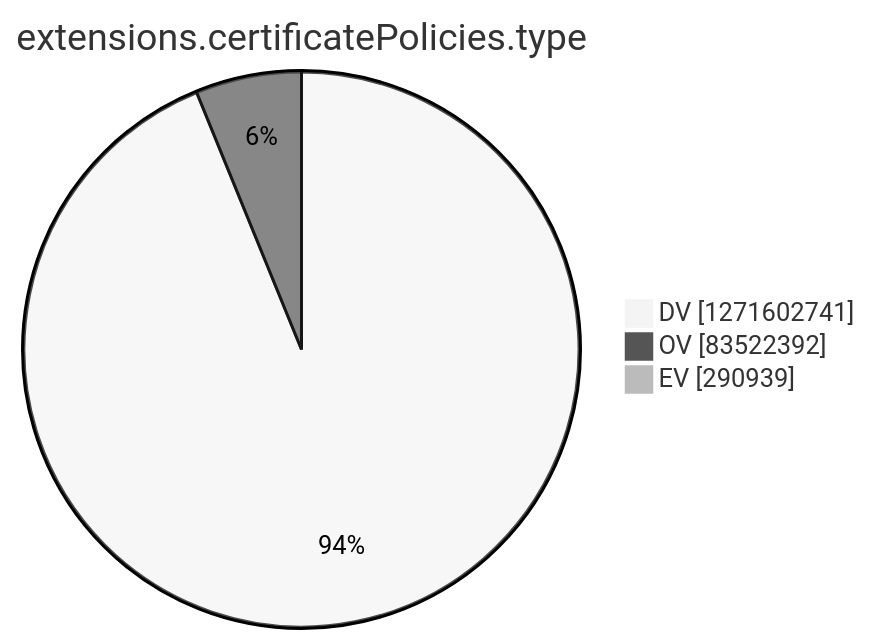
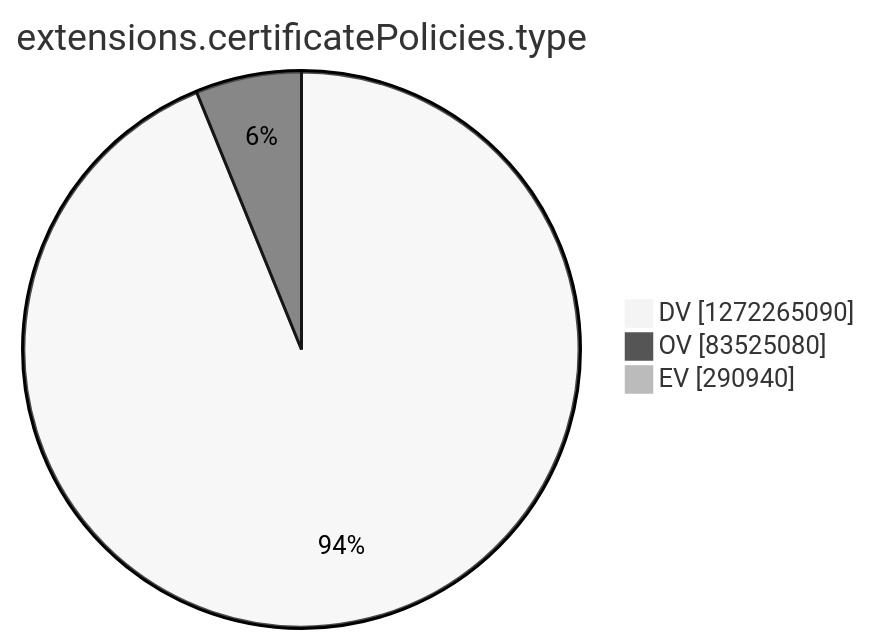
Before and after one commit to christiankrug/ctmonitor_visualization: the tenth of 15 diagrams in argon2022/README.md, drawn with Mermaid (neutral theme). The commit also changed other lines of this file, not shown here.

````diff
--- a/argon2022/README.md
+++ b/argon2022/README.md
@@ -2771,7 +2771,7 @@
 ```mermaid
 pie showData
 title extensions.certificatePolicies.type
-"DV" :1271602741
-"OV" :83522392
-"EV" :290939
+"DV" :1272265090
+"OV" :83525080
+"EV" :290940
 ```
````
